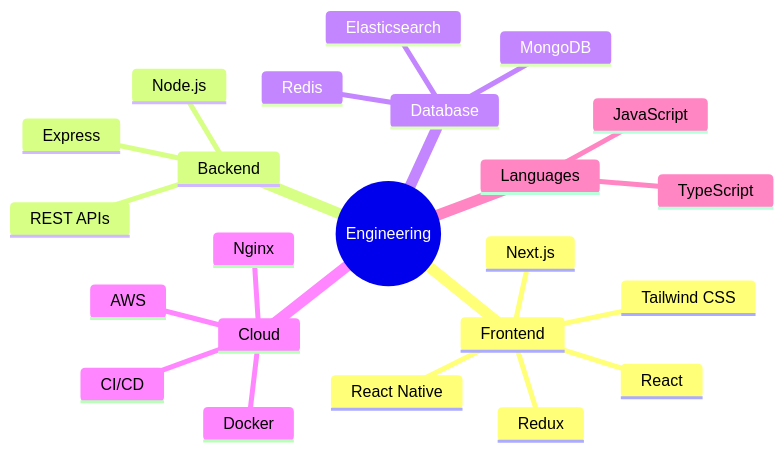
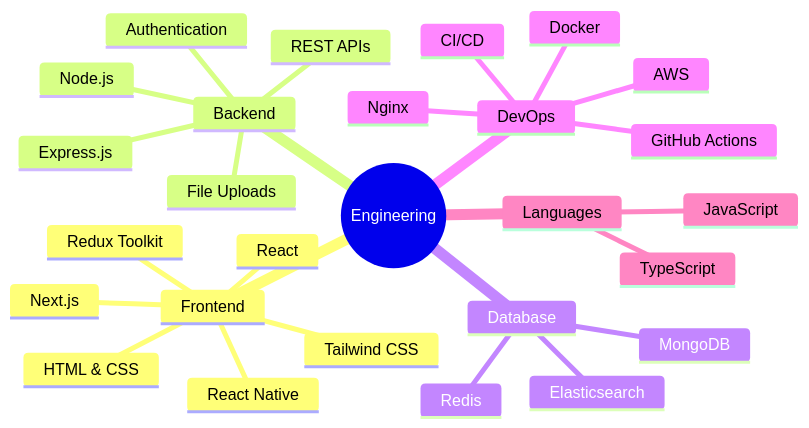
Before and after one commit to Kapil9711/dev-os: the first of 6 diagrams in public/docs/skills.md, drawn with Mermaid. The commit also changed other lines of this file and 32 other files, not shown here.

````diff
--- a/public/docs/skills.md
+++ b/public/docs/skills.md
@@ -5,26 +9,30 @@
 ```mermaid
 mindmap
   root((Engineering))
     Frontend
       React
       Next.js
-      Redux
       React Native
+      Redux Toolkit
       Tailwind CSS
+      HTML & CSS
     Backend
       Node.js
-      Express
+      Express.js
       REST APIs
+      Authentication
+      File Uploads
     Database
       MongoDB
       Elasticsearch
       Redis
-    Cloud
+    DevOps
       Docker
       AWS
       Nginx
+      GitHub Actions
       CI/CD
     Languages
+      TypeScript
       JavaScript
-      TypeScript
 ```
````
